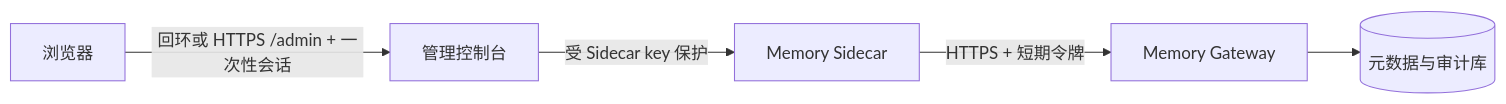
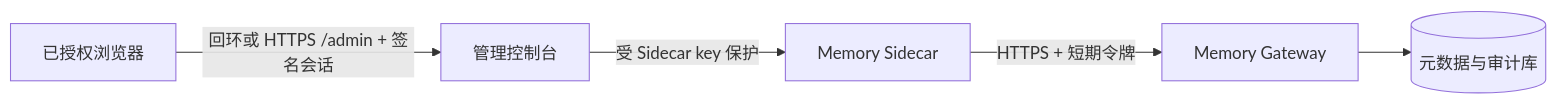
Before and after one commit to Buildlee/agent-memory-gateway: the second of 2 diagrams in docs/design-v2.md, drawn with Mermaid. The commit also changed other lines of this file and 20 other files, not shown here.

````diff
--- a/docs/design-v2.md
+++ b/docs/design-v2.md
@@ -269,7 +269,7 @@
 ```mermaid
 flowchart LR
-  B["浏览器"] -->|"回环或 HTTPS /admin + 一次性会话"| C["管理控制台"]
+  B["已授权浏览器"] -->|"回环或 HTTPS /admin + 签名会话"| C["管理控制台"]
   C -->|"受 Sidecar key 保护"| S["Memory Sidecar"]
   S -->|"HTTPS + 短期令牌"| G["Memory Gateway"]
   G --> M[("元数据与审计库")]
 ```
````
